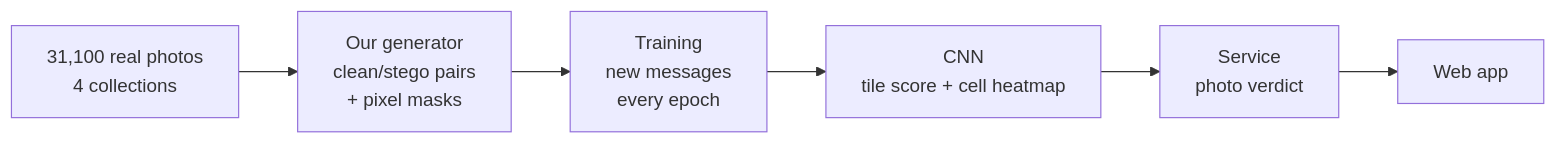
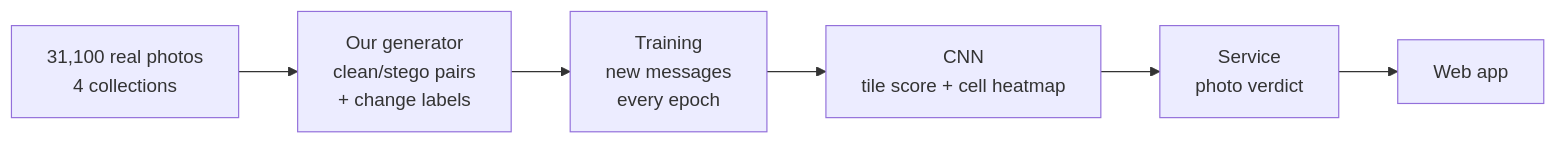
The first of 3 diagrams in README.md (alvinto27/AAI3001-CVDL), drawn with Mermaid before and after one commit. The commit also changed other lines of this file, not shown here.

````diff
--- a/README.md
+++ b/README.md
@@ -60,8 +60,8 @@
 ```mermaid
 flowchart LR
-    P["31,100 real photos<br/>4 collections"] --> G["Our generator<br/>clean/stego pairs<br/>+ pixel masks"]
+    P["31,100 real photos<br/>4 collections"] --> G["Our generator<br/>clean/stego pairs<br/>+ change labels"]
     G --> T["Training<br/>new messages<br/>every epoch"]
     T --> M["CNN<br/>tile score + cell heatmap"]
     M --> S["Service<br/>photo verdict"]
     S --> W["Web app"]
 ```
````
